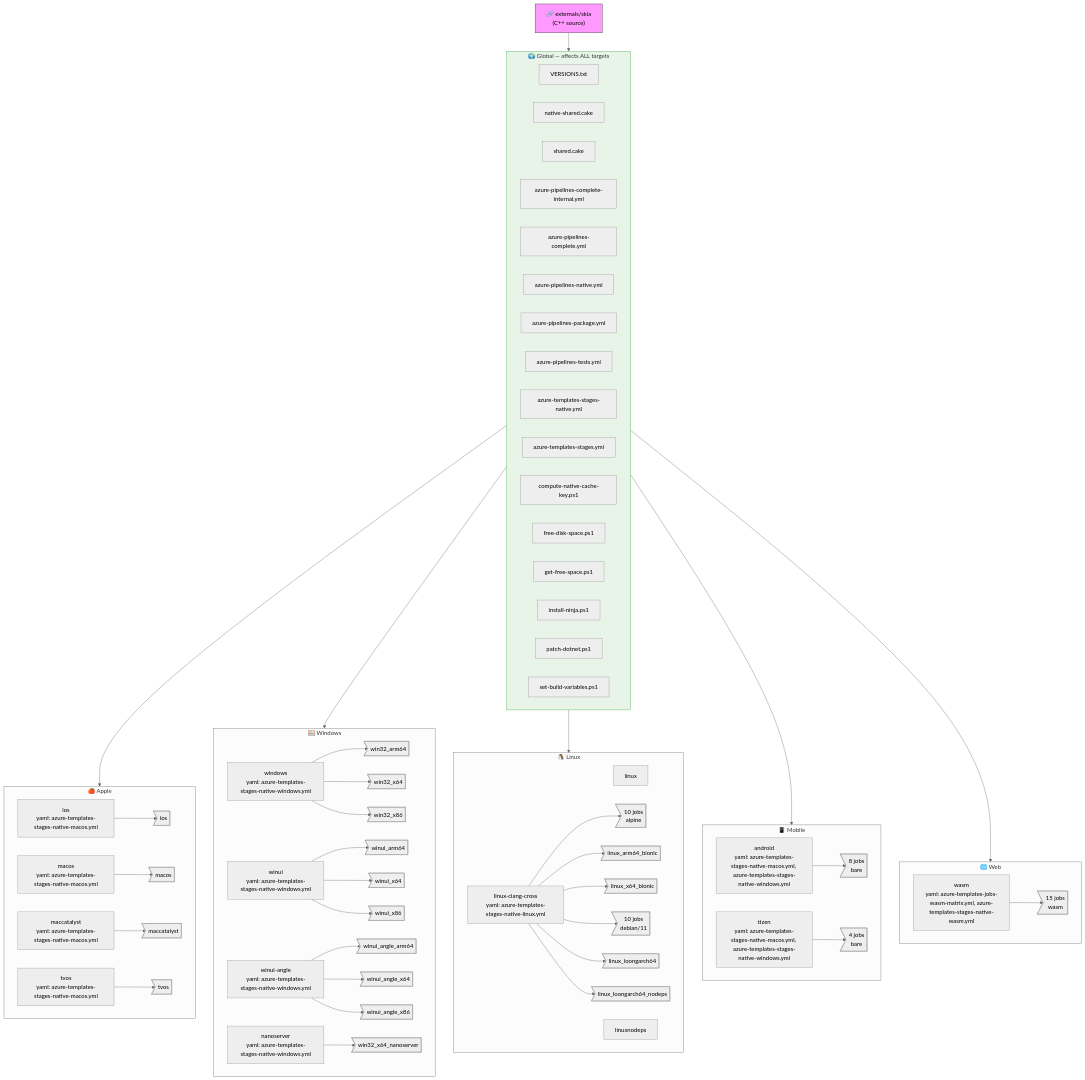
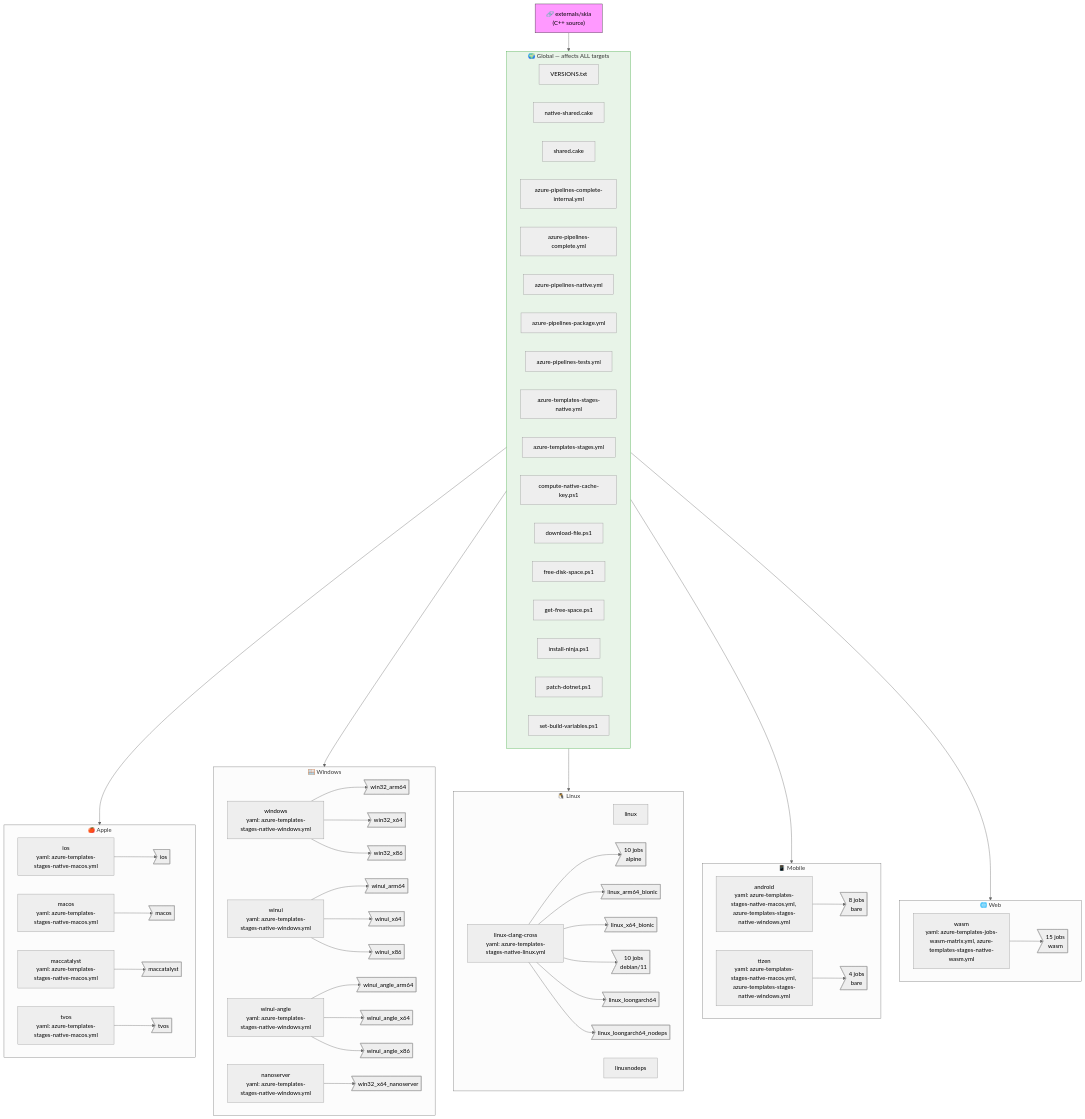
Before and after one commit to mono/SkiaSharp: the diagram in scripts/infra/native/tools/native-build-deps.md, drawn with Mermaid (neutral theme). The commit also changed 4 other files, not shown here.

First line of the commit message:
Restore VERSIONS.txt to scripts/ root

```diff
--- a/scripts/infra/native/tools/native-build-deps.md
+++ b/scripts/infra/native/tools/native-build-deps.md
@@ -12,7 +12,7 @@
 
   subgraph global["🌍 Global — affects ALL targets"]
     direction LR
-    scripts_infra_native_shared_VERSIONS_txt["VERSIONS.txt"]
+    scripts_VERSIONS_txt["VERSIONS.txt"]
     scripts_infra_native_shared_native_shared_cake["native-shared.cake"]
     scripts_infra_native_shared_shared_cake["shared.cake"]
     scripts_azure_pipelines_complete_internal_yml["azure-pipelines-complete-internal.yml"]
@@ -23,6 +23,7 @@
     scripts_azure_templates_stages_native_yml["azure-templates-stages-native.yml"]
     scripts_azure_templates_stages_yml["azure-templates-stages.yml"]
     scripts_infra_native_shared_compute_native_cache_key_ps1["compute-native-cache-key.ps1"]
+    scripts_infra_native_shared_download_file_ps1["download-file.ps1"]
     scripts_infra_native_shared_free_disk_space_ps1["free-disk-space.ps1"]
     scripts_infra_native_shared_get_free_space_ps1["get-free-space.ps1"]
     scripts_infra_native_shared_install_ninja_ps1["install-ninja.ps1"]
```
